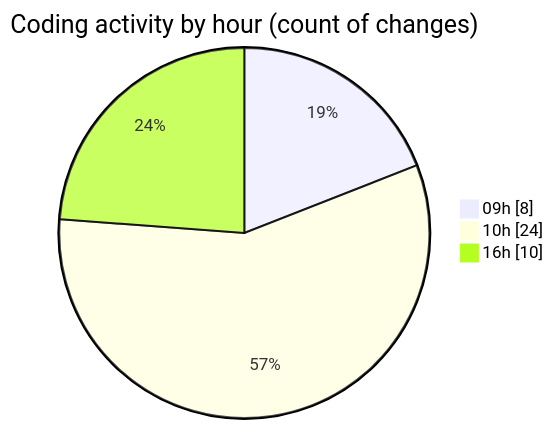
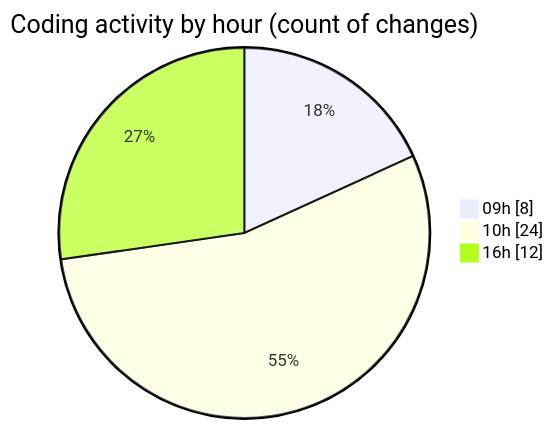
The second of 2 diagrams in 2025-10-09/eventscop-frontend-guide__workspace_/README.md (julien-gomy/code-tracking), drawn with Mermaid before and after one commit. The commit also changed other lines of this file and 1 other file, not shown here.

````diff
--- a/2025-10-09/eventscop-frontend-guide__workspace_/README.md
+++ b/2025-10-09/eventscop-frontend-guide__workspace_/README.md
@@ -44,7 +46,7 @@
 ```mermaid
 pie showData
 title Coding activity by hour (count of changes)
 "09h" : 8
 "10h" : 24
-"16h" : 10
+"16h" : 12
 ```
````
